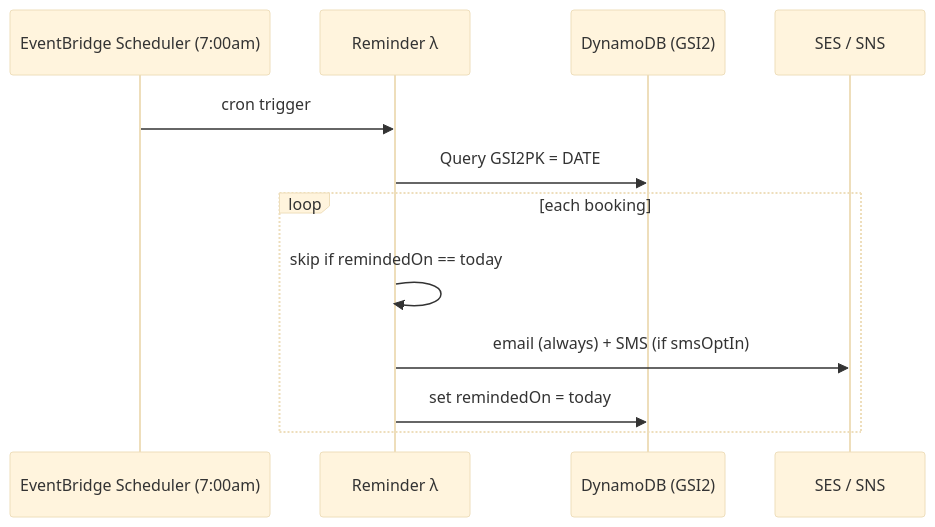
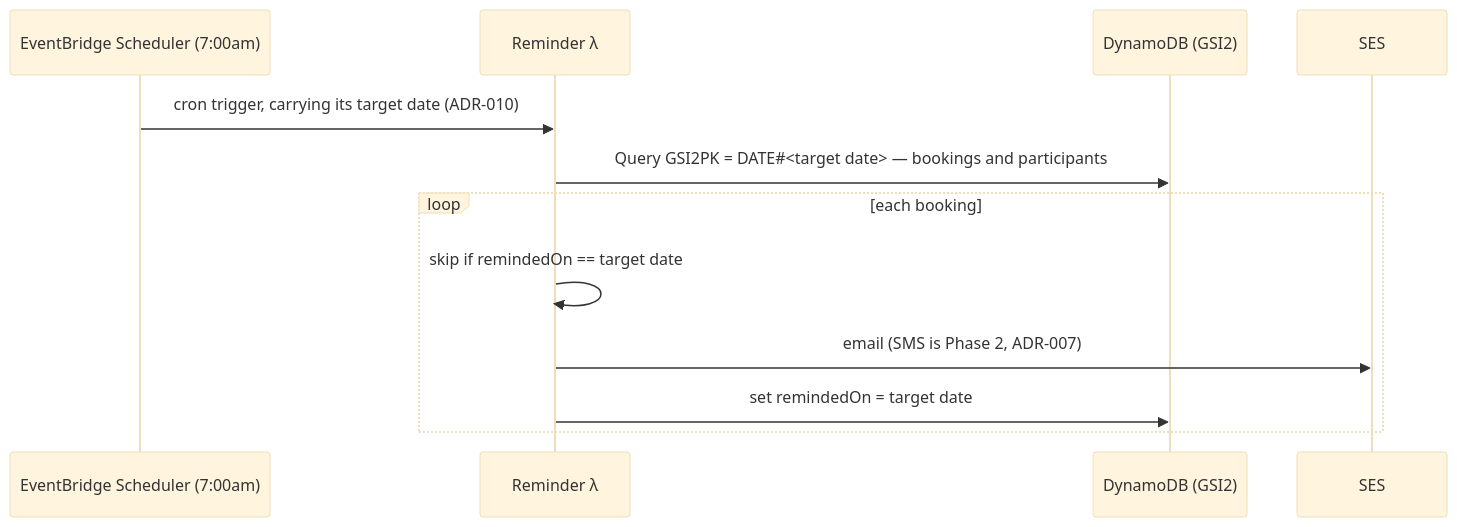
Before and after one commit to jessicamvega6/bladebook: the fifth of 18 diagrams in docs/architecture.md, drawn with Mermaid (base theme). The commit also changed other lines of this file and 1 other file, not shown here.

Commit message:
updates to diagrams

````diff
--- a/docs/architecture.md
+++ b/docs/architecture.md
@@ -600,14 +638,14 @@
 ```mermaid
 sequenceDiagram
     participant Sch as EventBridge Scheduler (7:00am)
     participant R as Reminder λ
     participant DB as DynamoDB (GSI2)
-    participant N as SES / SNS
-    Sch->>R: cron trigger
-    R->>DB: Query GSI2PK = DATE#today
+    participant N as SES
+    Sch->>R: cron trigger, carrying its target date (ADR-010)
+    R->>DB: Query GSI2PK = DATE#35;<target date> — bookings and participants
     loop each booking
-        R->>R: skip if remindedOn == today
-        R->>N: email (always) + SMS (if smsOptIn)
-        R->>DB: set remindedOn = today
+        R->>R: skip if remindedOn == target date
+        R->>N: email (SMS is Phase 2, ADR-007)
+        R->>DB: set remindedOn = target date
     end
 ```
````
